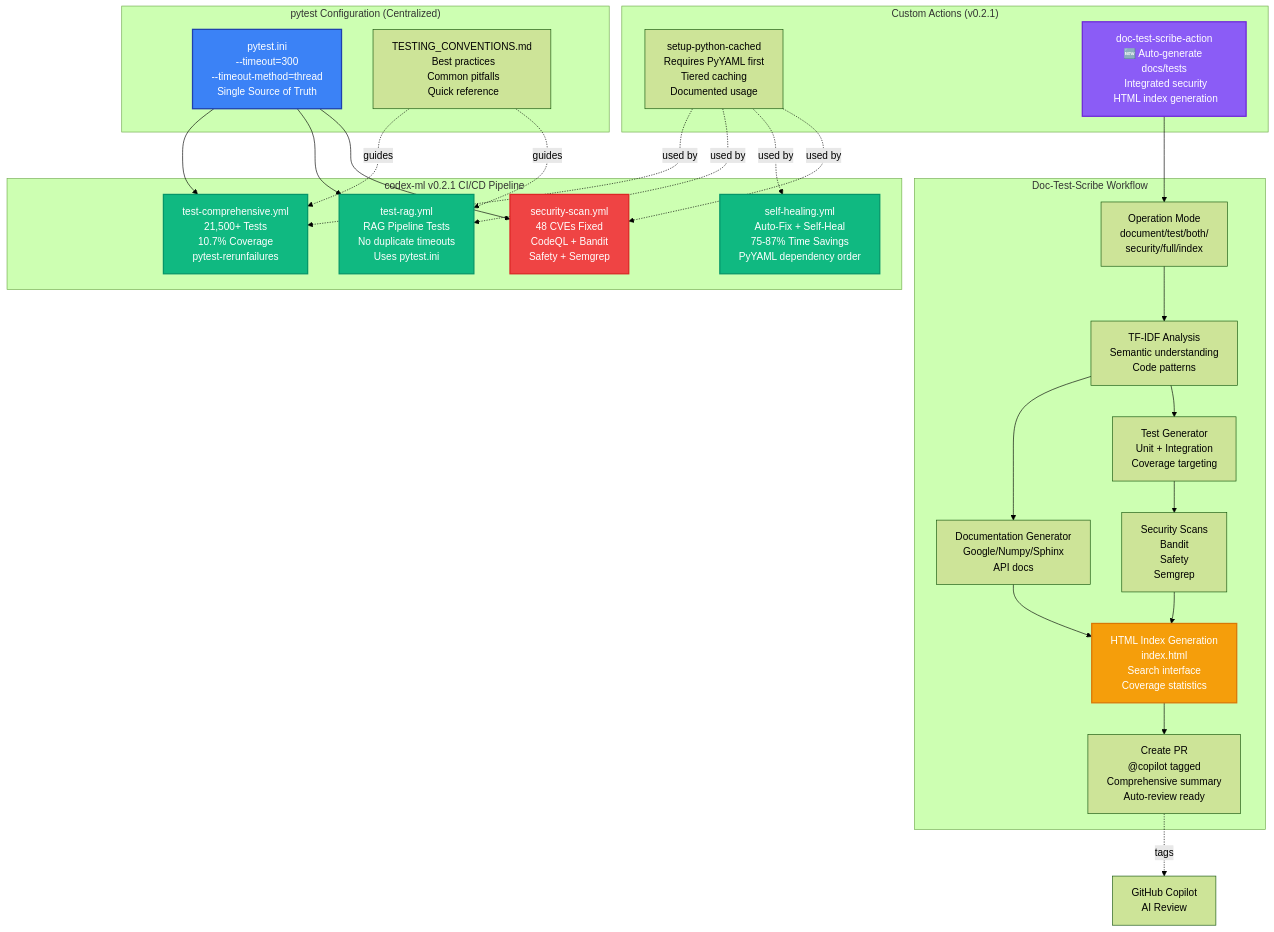
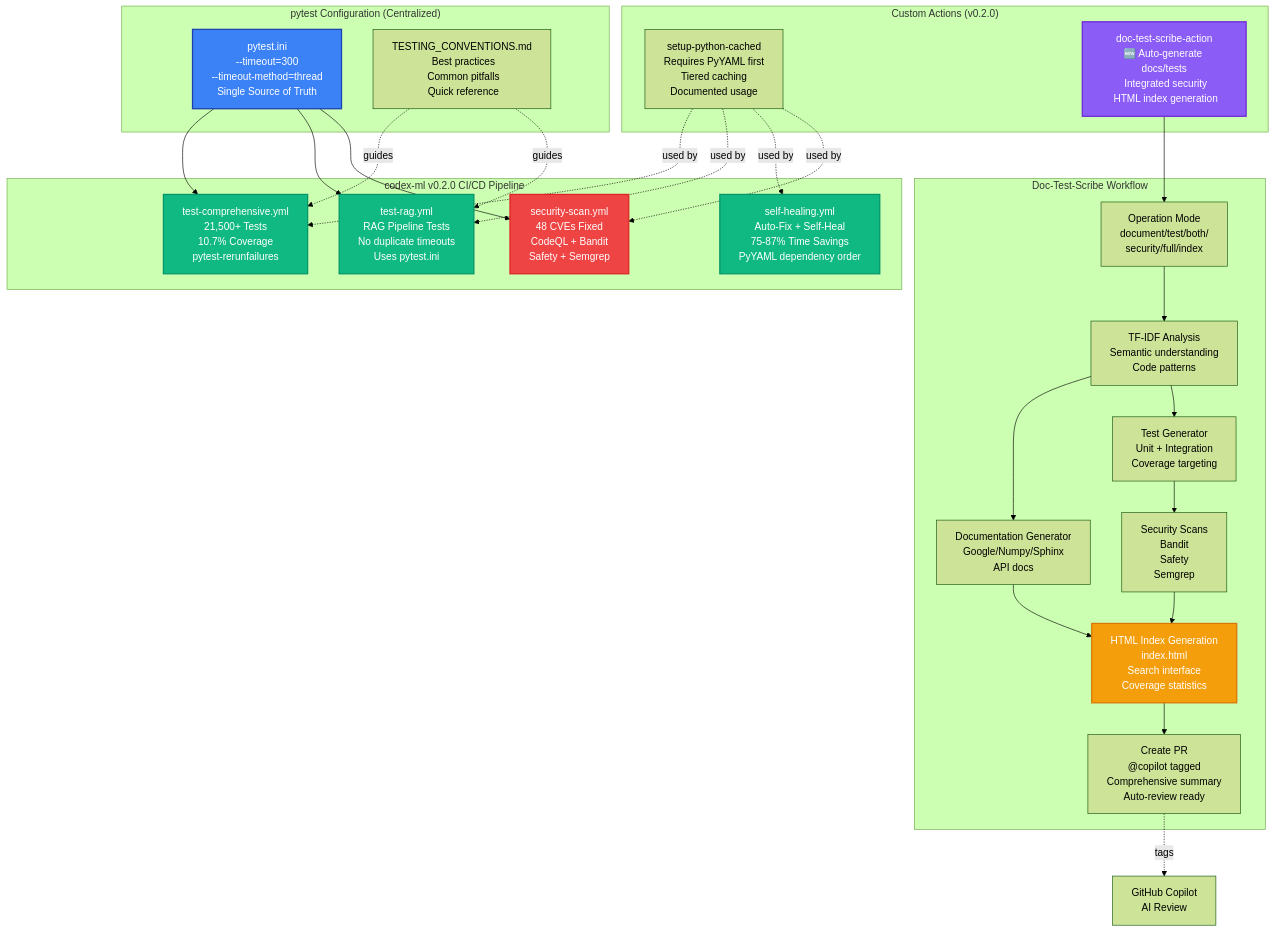
The first of 14 diagrams in docs/REPOSITORY_ARCHITECTURE_DIAGRAMS.md (Aries-Serpent/_codex_), drawn with Mermaid (forest theme) before and after one commit. The commit also changed other lines of this file and 4117 other files, not shown here.

````diff
--- a/docs/REPOSITORY_ARCHITECTURE_DIAGRAMS.md
+++ b/docs/REPOSITORY_ARCHITECTURE_DIAGRAMS.md
@@ -31,65 +31,74 @@
 ```mermaid
 %%{init: {'accessibility': {'title': 'Diagram showing test-comprehensive.yml<br/> 21,500+ Tests<br/>10.7% Coverage<br/> pytest-rerunfailures, test-rag.yml<br/> RAG Pipeline Tests<br/> No duplicate timeouts<br/> Uses pytest.ini'}}%%
+
 graph TB
- subgraph "codex-ml v0.2.1 CI/CD Pipeline"
+ subgraph "codex-ml v0.2.0 CI/CD Pipeline"
  TC[test-comprehensive.yml<br/> 21,500+ Tests<br/>10.7% Coverage<br/> pytest-rerunfailures]
  TR[test-rag.yml<br/> RAG Pipeline Tests<br/> No duplicate timeouts<br/> Uses pytest.ini]
  SH[self-healing.yml<br/> Auto-Fix + Self-Heal<br/> 75-87% Time Savings<br/> PyYAML dependency order]
  SEC[security-scan.yml<br/> 48 CVEs Fixed<br/> CodeQL + Bandit<br/> Safety + Semgrep]
  end
 
  subgraph "pytest Configuration (Centralized)"
  PI[pytest.ini<br/>--timeout=300<br/>--timeout-method=thread<br/> Single Source of Truth]
- CONV[TESTING_CONVENTIONS.md<br/> Best practices<br/>️ Common pitfalls<br/> Quick reference]
+ CONV[TESTING_CONVENTIONS.md<br/> Best practices<br/> Common pitfalls<br/> Quick reference]
  end
 
- subgraph "Custom Actions (v0.2.1)"
+ subgraph "Custom Actions (v0.2.0)"
  SPC[setup-python-cached<br/> Requires PyYAML first<br/> Tiered caching<br/> Documented usage]
  DTS[doc-test-scribe-action<br/>🆕 Auto-generate docs/tests<br/> Integrated security<br/> HTML index generation]
  end
 
  subgraph "Doc-Test-Scribe Workflow"
  MODE[Operation Mode<br/>document/test/both/<br/>security/full/index]
  ANALYZE[TF-IDF Analysis<br/> Semantic understanding<br/> Code patterns]
  GENDOC[Documentation Generator<br/> Google/Numpy/Sphinx<br/> API docs]
  GENTEST[Test Generator<br/> Unit + Integration<br/> Coverage targeting]
  SECURITY[Security Scans<br/> Bandit<br/> Safety<br/> Semgrep]
  HTML[HTML Index Generation<br/> index.html<br/> Search interface<br/> Coverage statistics]
  PR[Create PR<br/> @copilot tagged<br/> Comprehensive summary<br/> Auto-review ready]
  end
 
  %% Configuration flows
  PI --> TC
+
  PI --> TR
+
  PI --> SEC
  CONV -.guides.-> TC
  CONV -.guides.-> TR
 
  %% Custom action usage
  SPC -.used by.-> TC
  SPC -.used by.-> TR
  SPC -.used by.-> SH
  SPC -.used by.-> SEC
 
  %% Doc-Test-Scribe workflow
  MODE --> ANALYZE
+
  ANALYZE --> GENDOC
+
  ANALYZE --> GENTEST
+
  GENDOC --> HTML
+
  GENTEST --> SECURITY
+
  SECURITY --> HTML
+
  HTML --> PR
 
  %% Integration points
  DTS --> MODE
  PR -.tags.-> Copilot[GitHub Copilot<br/> AI Review]
 
- %% Styling v0.2.1
+ %% Styling v0.2.0
  style TC fill:#10b981,stroke:#059669,stroke-width:2px,color:#fff
  style TR fill:#10b981,stroke:#059669,stroke-width:2px,color:#fff
  style SH fill:#10b981,stroke:#059669,stroke-width:2px,color:#fff
  style SEC fill:#ef4444,stroke:#dc2626,stroke-width:2px,color:#fff
  style PI fill:#3b82f6,stroke:#1e40af,stroke-width:2px,color:#fff
  style DTS fill:#8b5cf6,stroke:#6d28d9,stroke-width:2px,color:#fff
  style HTML fill:#f59e0b,stroke:#d97706,stroke-width:2px,color:#fff
 ```
````
